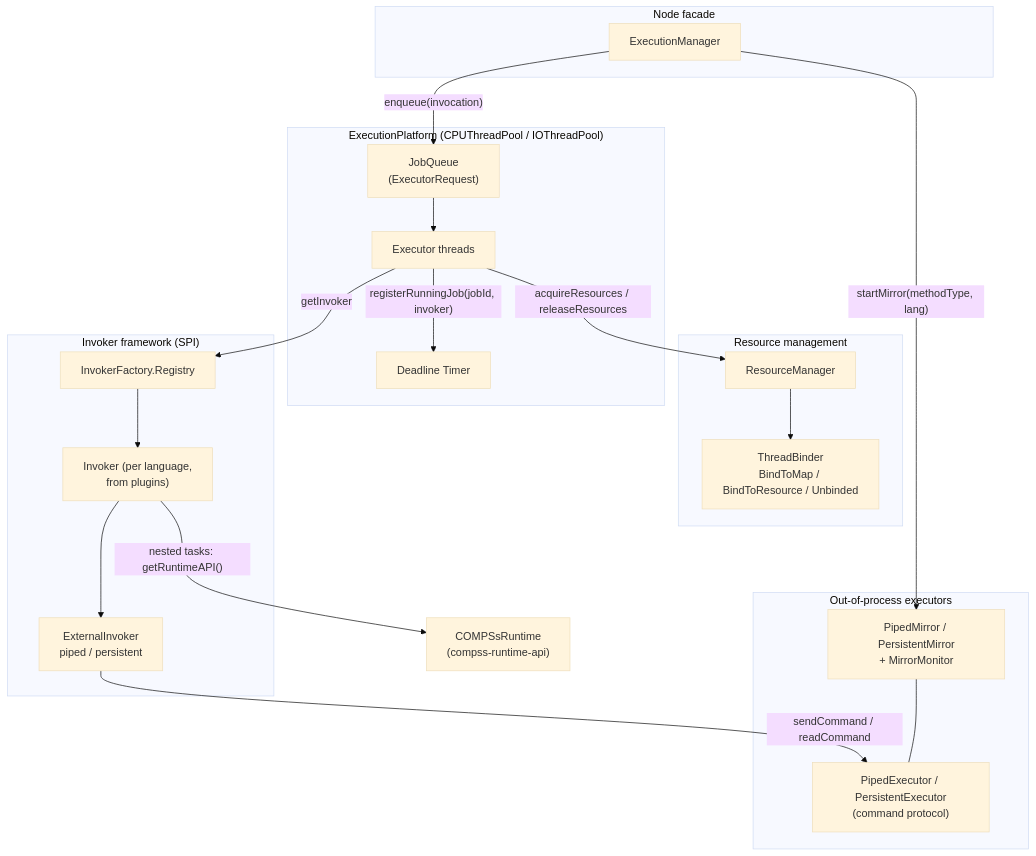
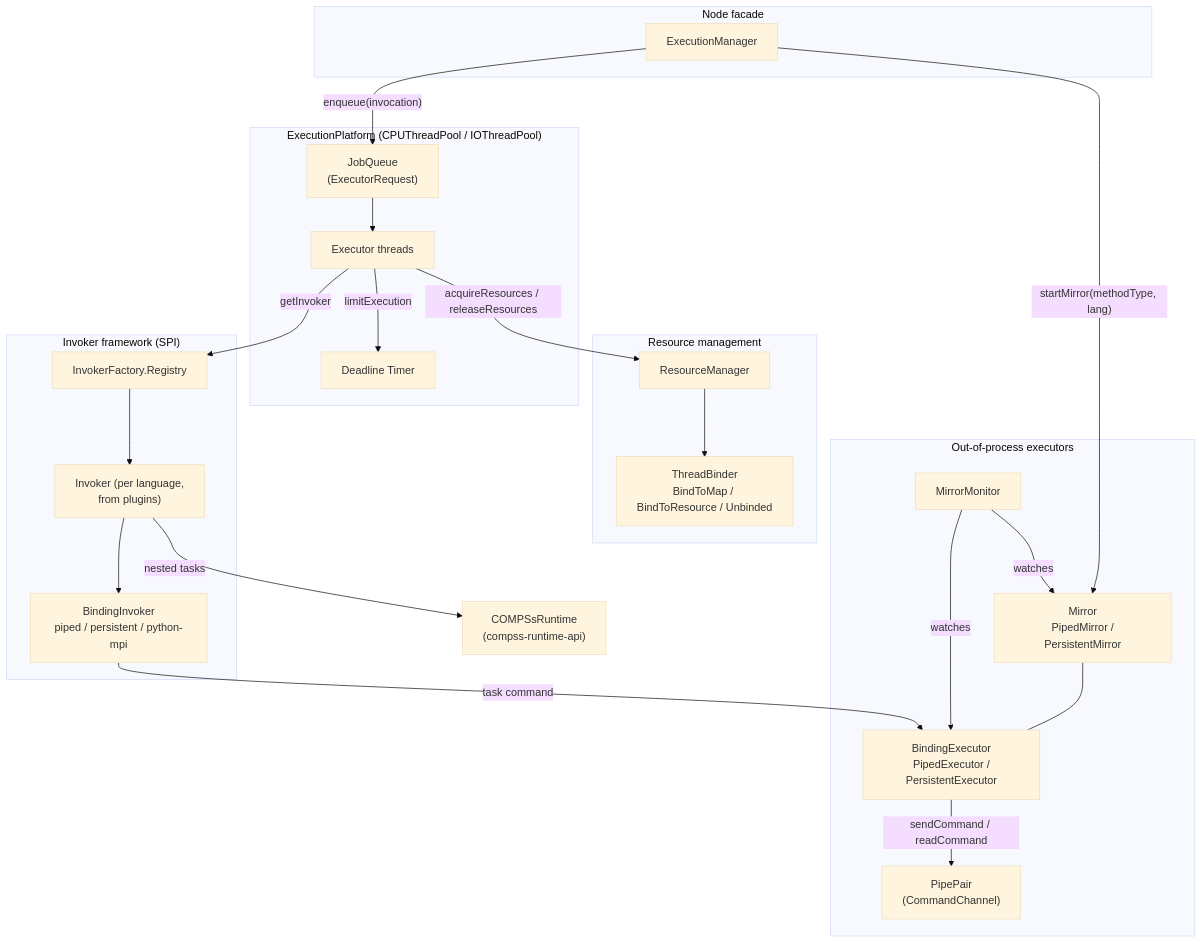
One commit to bsc-wdc/compss changed the first of 3 diagrams in compss/runtime/execution/core/docs/ARCHITECTURE.md. Above: the diagram before and after it, drawn with Mermaid (base theme). The commit also changed other lines of this file and 40 other files, not shown here.

Commit message:
Execution core: command channel, handle, mirror, lookup and invoker contracts

````diff
--- a/compss/runtime/execution/core/docs/ARCHITECTURE.md
+++ b/compss/runtime/execution/core/docs/ARCHITECTURE.md
@@ -25,41 +28,46 @@
 ```mermaid
 graph TB
     subgraph "Node facade"
         EM["ExecutionManager"]
     end
 
     subgraph "ExecutionPlatform (CPUThreadPool / IOThreadPool)"
         Q["JobQueue<br/>(ExecutorRequest)"]
         EX["Executor threads"]
         T["Deadline Timer"]
     end
 
     subgraph "Resource management"
         RM["ResourceManager"]
         TB["ThreadBinder<br/>BindToMap / BindToResource / Unbinded"]
     end
 
     subgraph "Invoker framework (SPI)"
         IF["InvokerFactory.Registry"]
         INV["Invoker (per language,<br/>from plugins)"]
-        EINV["ExternalInvoker<br/>piped / persistent"]
+        EINV["BindingInvoker<br/>piped / persistent / python-mpi"]
     end
 
     subgraph "Out-of-process executors"
-        M["PipedMirror / PersistentMirror<br/>+ MirrorMonitor"]
-        PE["PipedExecutor / PersistentExecutor<br/>(command protocol)"]
+        MM["MirrorMonitor"]
+        M["Mirror<br/> PipedMirror / PersistentMirror"]
+        BE["BindingExecutor<br/> PipedExecutor / PersistentExecutor"]
+        CC["PipePair<br/>(CommandChannel)"]
     end
 
     EM -->|"enqueue(invocation)"| Q
     Q --> EX
     EX -->|"acquireResources / releaseResources"| RM
     RM --> TB
-    EX -->|"registerRunningJob(jobId, invoker)"| T
+    EX -->|"limitExecution"| T
     EX -->|"getInvoker"| IF
     IF --> INV
     INV --> EINV
-    EINV -->|"sendCommand / readCommand"| PE
-    M --- PE
+    EINV -->|"task command"| BE
+    BE -->|"sendCommand / readCommand"| CC
+    MM --> |"watches"| M
+    MM --> |"watches"| BE
+    M --- BE
     EM -->|"startMirror(methodType, lang)"| M
-    INV -->|"nested tasks: getRuntimeAPI()"| RT["COMPSsRuntime<br/>(compss-runtime-api)"]
+    INV -->|"nested tasks"| RT["COMPSsRuntime<br/>(compss-runtime-api)"]
 ```
````
